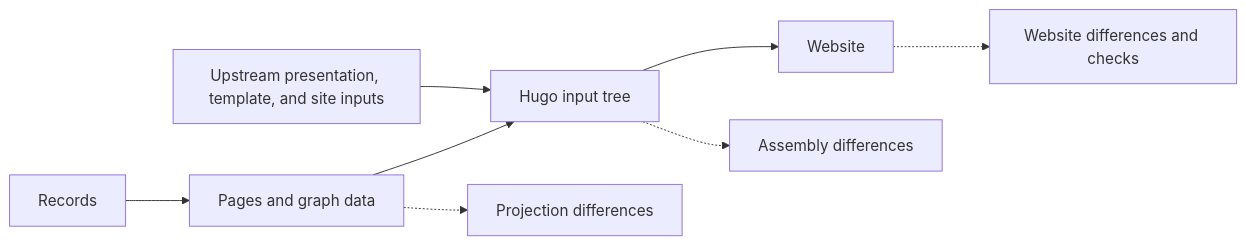
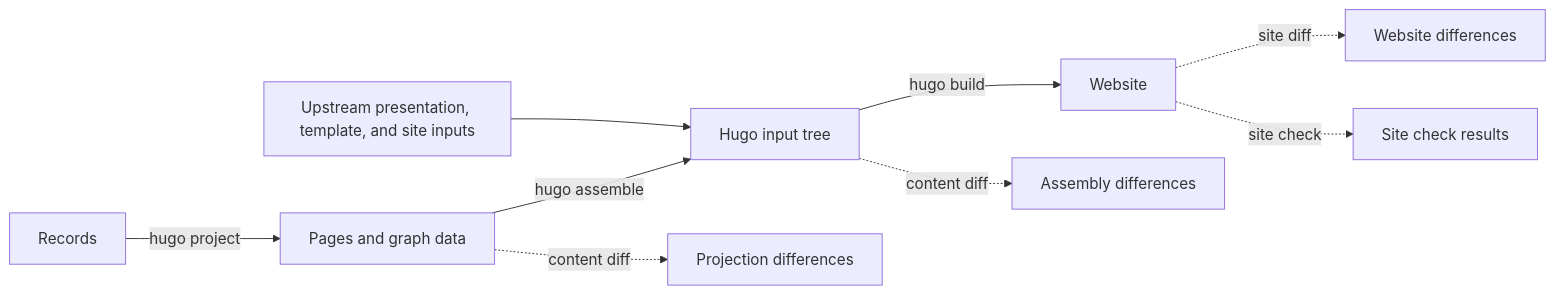
The second of 3 diagrams in packages/diff-review-application/README.md (ORINOCO-Lite/orinoco-lite-dev), drawn with Mermaid before and after one commit. The commit also changed other lines of this file, not shown here.

First line of the commit message:
docs: label data flow diagrams with CLI commands

````diff
--- a/packages/diff-review-application/README.md
+++ b/packages/diff-review-application/README.md
@@ -32,10 +33,11 @@
 ```mermaid
 flowchart LR
-  records[Records] --> projection[Pages and graph data]
-  projection --> assembly[Hugo input tree]
+  records[Records] -->|hugo project| projection[Pages and graph data]
+  projection -->|hugo assemble| assembly[Hugo input tree]
   sources[Upstream presentation, template, and site inputs] --> assembly
-  assembly --> website[Website]
-  projection -.-> p[Projection differences]
-  assembly -.-> a[Assembly differences]
-  website -.-> w[Website differences and checks]
+  assembly -->|hugo build| website[Website]
+  projection -. content diff .-> p[Projection differences]
+  assembly -. content diff .-> a[Assembly differences]
+  website -. site diff .-> w[Website differences]
+  website -. site check .-> checks[Site check results]
 ```
````
